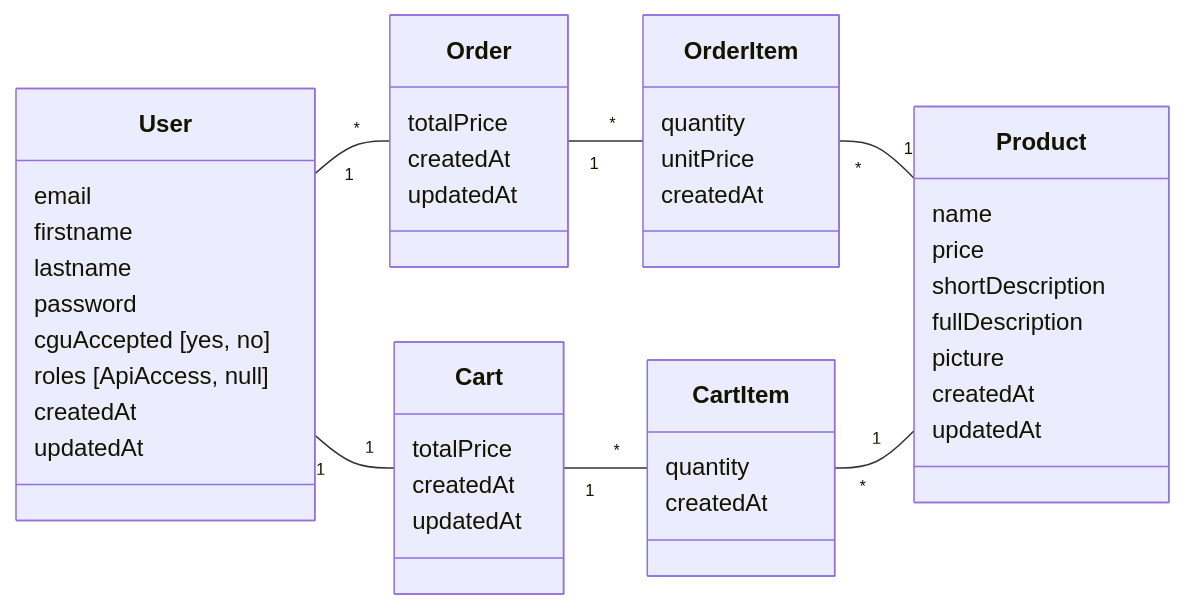
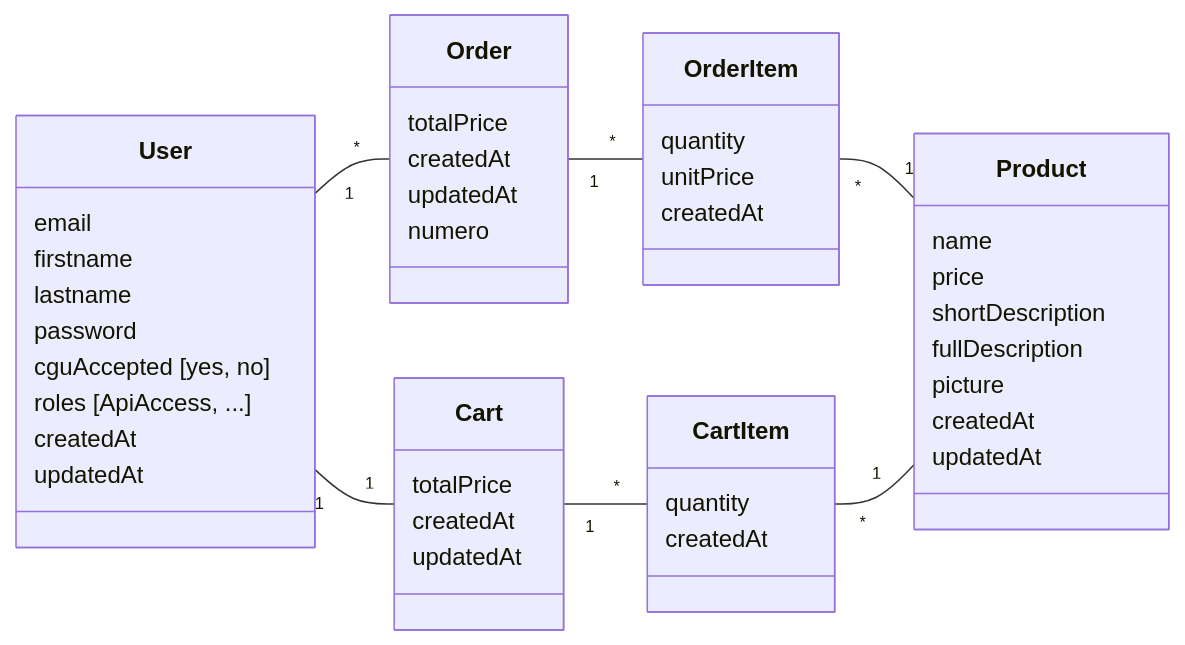
One commit to Vivien60/Formation_OC_Symfony_P13_ecommerce-And-API changed the diagram in README.md. Above: the diagram before and after it, drawn with Mermaid. The commit also changed 2 other files, not shown here.

Commit message:
Fix: Adjust cart routes and improve quantity handling in product page form

````diff
--- a/README.md
+++ b/README.md
@@ -65,54 +65,55 @@
 ```mermaid
 classDiagram
 direction LR
     class Cart {
         totalPrice
         createdAt
         updatedAt
     }
 
     class Order {
         totalPrice
         createdAt
         updatedAt
+        numero
     }
     
     class User {
 	    email
 	    firstname
 	    lastname
 	    password
 	    cguAccepted [yes, no]
-	    roles [ApiAccess, null]
+	    roles [ApiAccess, ...]
         createdAt
         updatedAt
     }
 
     class Product {
         name
         price
         shortDescription
         fullDescription
         picture
         createdAt
         updatedAt
     }
 
     class OrderItem {
         quantity
         unitPrice
         createdAt
     }
 
     class CartItem {                                                                                                                                                                          
         quantity
         createdAt
     } 
 
     User "1" -- "1" Cart
     User "1" -- "*" Order
     Order "1" -- "*" OrderItem
     OrderItem "*" -- "1" Product
     Cart "1" -- "*" CartItem
     CartItem "*" -- "1" Product
 ```
````
